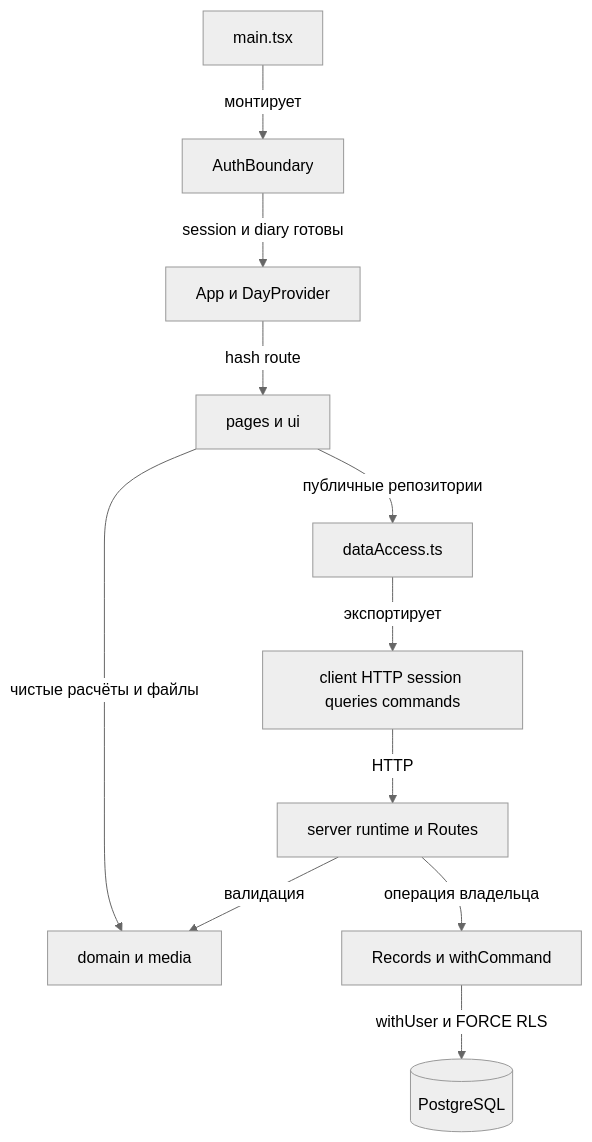
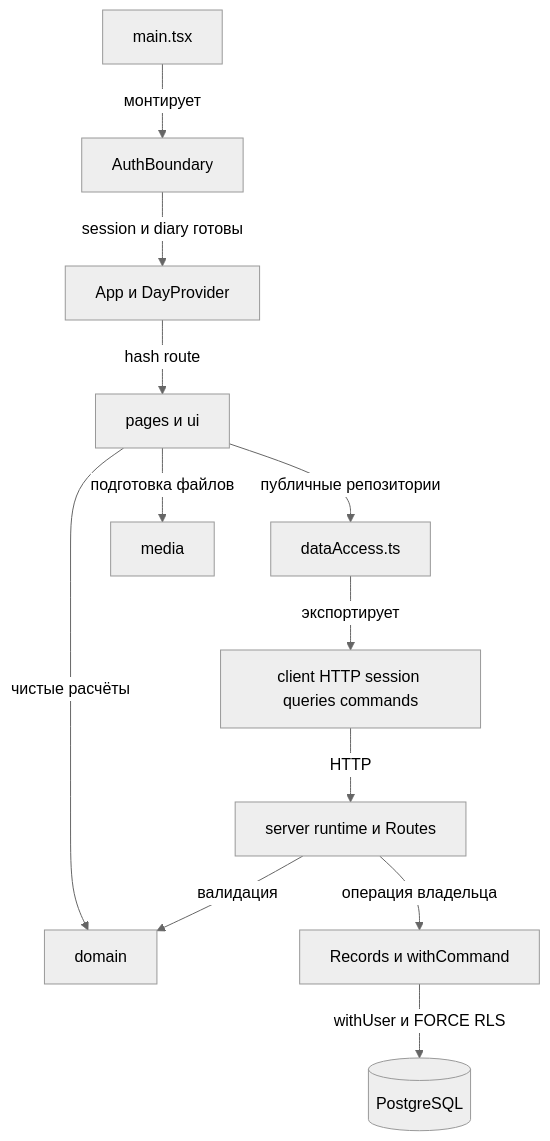
The second of 11 diagrams in docs/ARCHITECTURE.md (arturican/health), drawn with Mermaid (neutral theme) before and after one commit. The commit also changed other lines of this file and 5 other files, not shown here.

````diff
--- a/docs/ARCHITECTURE.md
+++ b/docs/ARCHITECTURE.md
@@ -57,13 +61,14 @@
 ```mermaid
 flowchart TB
     Main[main.tsx] -->|монтирует| Auth[AuthBoundary]
     Auth -->|session и diary готовы| App[App и DayProvider]
     App -->|hash route| UI[pages и ui]
     UI -->|публичные репозитории| DA[dataAccess.ts]
     DA -->|экспортирует| C[client HTTP session queries commands]
-    UI -->|чистые расчёты и файлы| D[domain и media]
+    UI -->|чистые расчёты| D[domain]
+    UI -->|подготовка файлов| Media[media]
     C -->|HTTP| Routes[server runtime и Routes]
     Routes -->|валидация| D
     Routes -->|операция владельца| Records[Records и withCommand]
     Records -->|withUser и FORCE RLS| DB[(PostgreSQL)]
 ```
````
